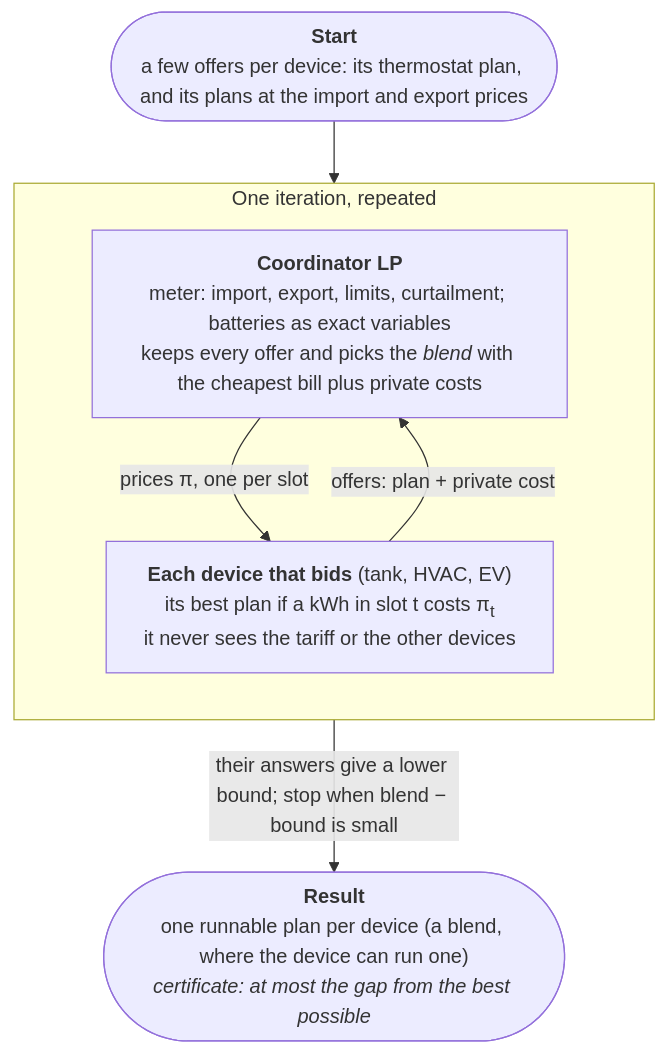
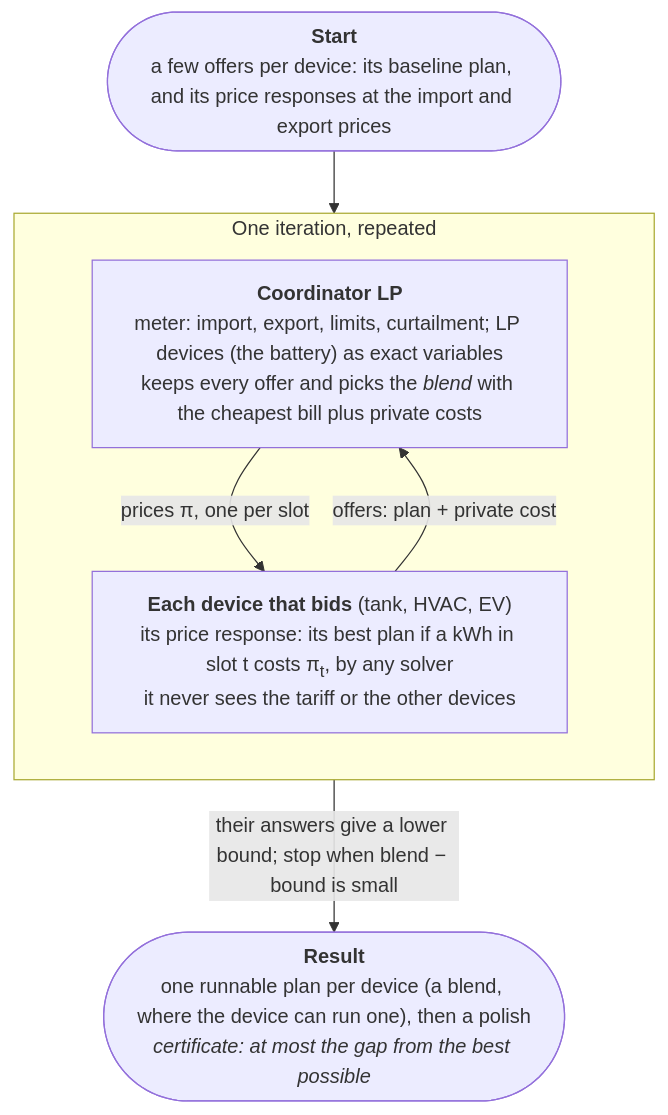
One commit to ameetdesh/home-energy-optimizer changed the diagram in docs/figs/flow_dw.mmd. Above: the diagram before and after it, drawn with Mermaid. The commit also changed 14 other files, not shown here.

First line of the commit message:
Theory notes rewritten around one device interface

```diff
--- a/docs/figs/flow_dw.mmd
+++ b/docs/figs/flow_dw.mmd
@@ -1,12 +1,12 @@
 %%{init: {"flowchart": {"wrappingWidth": 320}}}%%
 %% Dantzig-Wolfe: devices answer one price question; the coordinator blends their offers.
 flowchart TB
-  S(["<b>Start</b><br/>a few offers per device: its thermostat plan, and its plans at the import and export prices"]) --> LP
+  S(["<b>Start</b><br/>a few offers per device: its baseline plan, and its price responses at the import and export prices"]) --> LP
   subgraph R["One iteration, repeated"]
     direction TB
-    LP["<b>Coordinator LP</b><br/>meter: import, export, limits, curtailment; batteries as exact variables<br/>keeps every offer and picks the <i>blend</i> with the cheapest bill plus private costs"]
-    D["<b>Each device that bids</b> (tank, HVAC, EV)<br/>its best plan if a kWh in slot t costs π<sub>t</sub><br/>it never sees the tariff or the other devices"]
+    LP["<b>Coordinator LP</b><br/>meter: import, export, limits, curtailment; LP devices (the battery) as exact variables<br/>keeps every offer and picks the <i>blend</i> with the cheapest bill plus private costs"]
+    D["<b>Each device that bids</b> (tank, HVAC, EV)<br/>its price response: its best plan if a kWh in slot t costs π<sub>t</sub>, by any solver<br/>it never sees the tariff or the other devices"]
     LP -- "prices π, one per slot" --> D
     D -- "offers: plan + private cost" --> LP
   end
-  D -- "their answers give a lower bound; stop when blend − bound is small" --> E(["<b>Result</b><br/>one runnable plan per device (a blend, where the device can run one)<br/><i>certificate: at most the gap from the best possible</i>"])
+  D -- "their answers give a lower bound; stop when blend − bound is small" --> E(["<b>Result</b><br/>one runnable plan per device (a blend, where the device can run one), then a polish<br/><i>certificate: at most the gap from the best possible</i>"])
```
